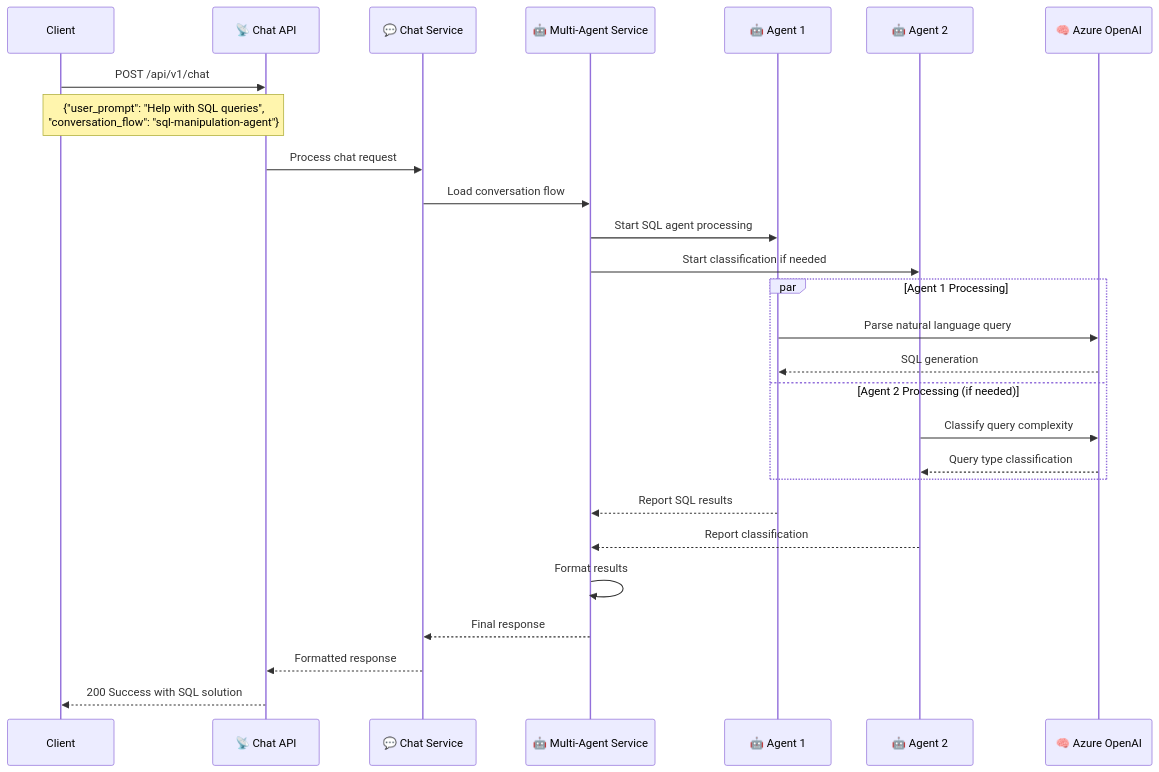
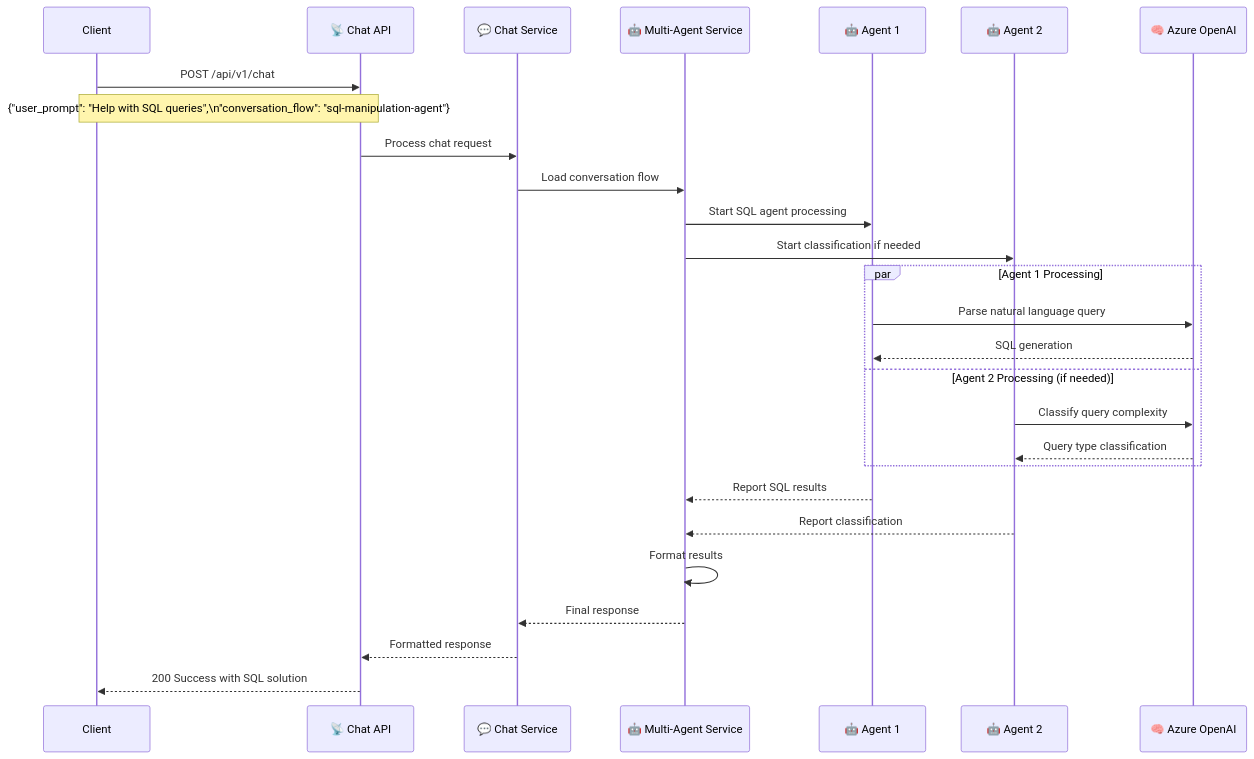
Before and after one commit to the-ingenious-dark-knight/Insight_Ingenious: the fifth of 6 diagrams in docs/api/README.md, drawn with Mermaid. The commit also changed other lines of this file and 2 other files, not shown here.

Commit message:
fix: Update API documentation formatting for improved readability and consistency

````diff
--- a/docs/api/README.md
+++ b/docs/api/README.md
@@ -204,35 +204,35 @@
 ```mermaid
 sequenceDiagram
     participant Client
     participant API as 📡 Chat API
     participant ChatService as 💬 Chat Service
     participant MultiAgentService as 🤖 Multi-Agent Service
     participant Agent1 as 🤖 Agent 1
     participant Agent2 as 🤖 Agent 2
     participant LLM as 🧠 Azure OpenAI
 
     Client->>API: POST /api/v1/chat
-    Note over Client,API: {"user_prompt": "Help with SQL queries",<br/>"conversation_flow": "sql-manipulation-agent"}
+    Note over Client,API: {"user_prompt": "Help with SQL queries",\n"conversation_flow": "sql-manipulation-agent"}
 
     API->>ChatService: Process chat request
     ChatService->>MultiAgentService: Load conversation flow
 
     MultiAgentService->>Agent1: Start SQL agent processing
     MultiAgentService->>Agent2: Start classification if needed
 
     par Agent 1 Processing
         Agent1->>LLM: Parse natural language query
         LLM-->>Agent1: SQL generation
     and Agent 2 Processing (if needed)
         Agent2->>LLM: Classify query complexity
         LLM-->>Agent2: Query type classification
     end
 
     Agent1-->>MultiAgentService: Report SQL results
     Agent2-->>MultiAgentService: Report classification
 
     MultiAgentService->>MultiAgentService: Format results
     MultiAgentService-->>ChatService: Final response
     ChatService-->>API: Formatted response
     API-->>Client: 200 Success with SQL solution
 ```
````
